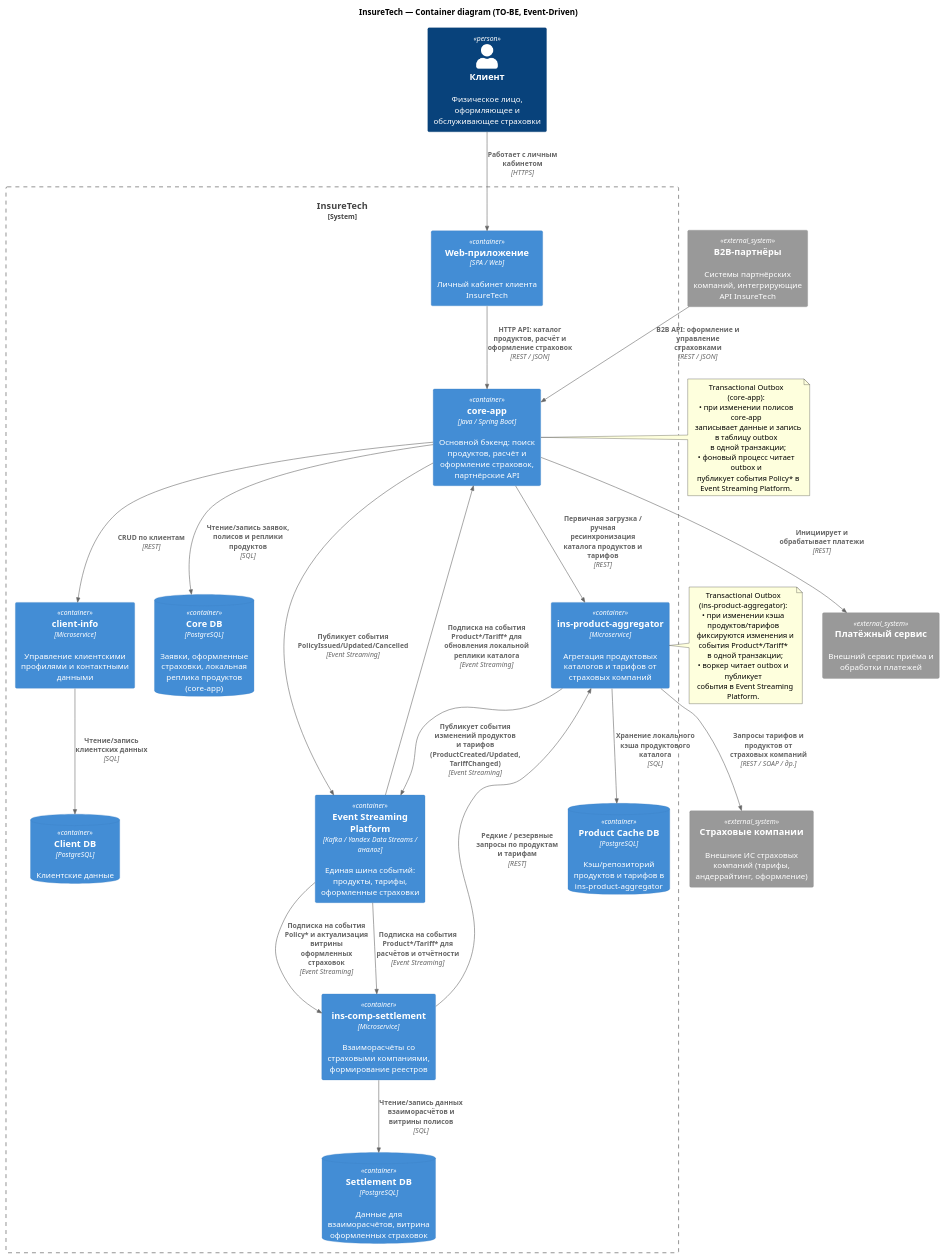
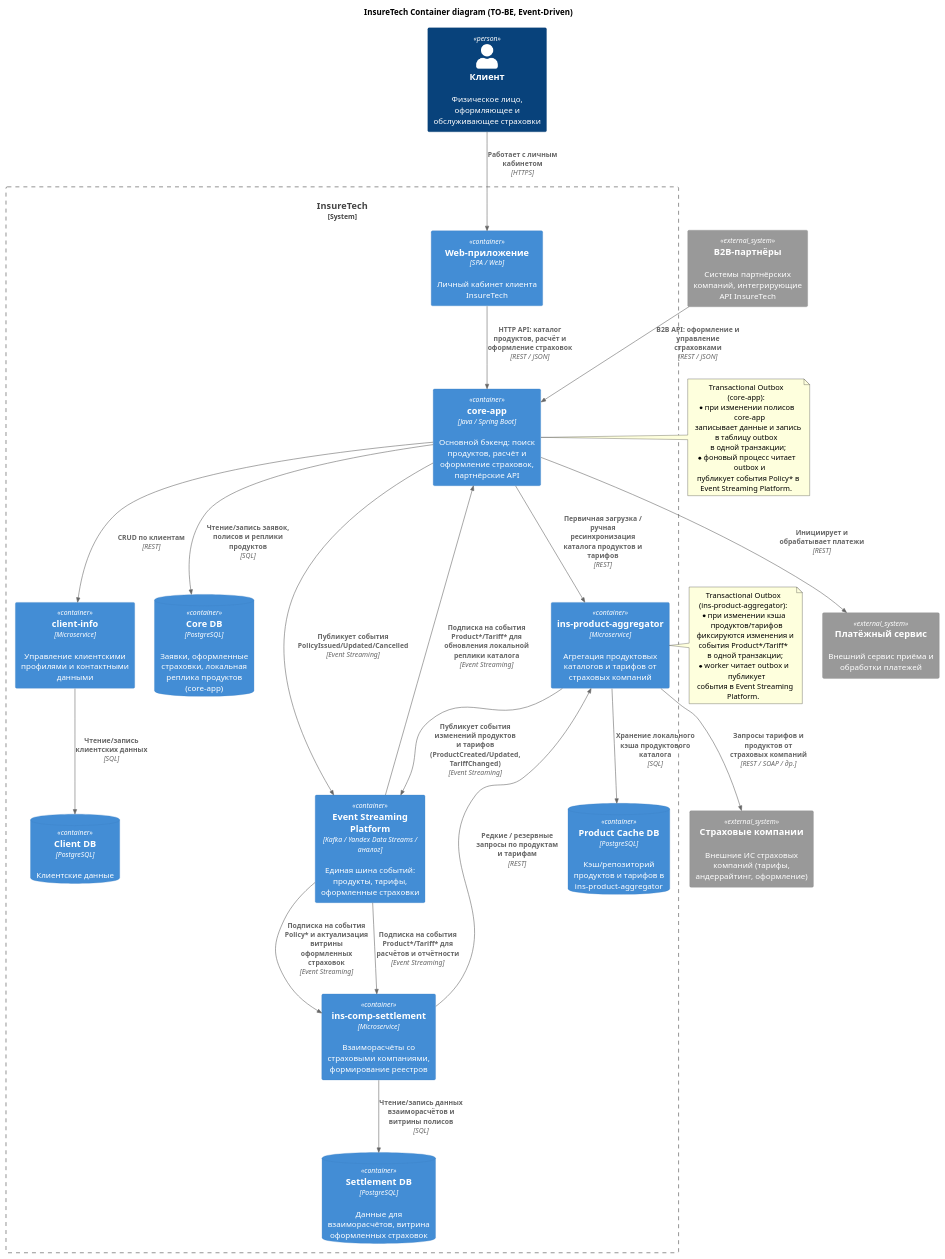
Before and after one commit to kotenev/architecture-insuretech: the diagram in Task3/(TO-BE) InsureTech_C4_container-diagram.puml, drawn with PlantUML.

Commit message:
Исправлена схема InsureTech_OSAGO_C4_сontainer-TO-BE.puml (Задание 4 Спринт 8)

```diff
--- a/Task3/(TO-BE) InsureTech_C4_container-diagram.puml
+++ b/Task3/(TO-BE) InsureTech_C4_container-diagram.puml
@@ -1,107 +1,79 @@
-@startuml InsureTech — Container diagram (TO-BE, Event-Driven)
+@startuml InsureTech Container diagram (TO-BE, Event-Driven)
 !includeurl https://raw.githubusercontent.com/RicardoNiepel/C4-PlantUML/master/C4_Container.puml
 
-title InsureTech — Container diagram (TO-BE, Event-Driven)
+title InsureTech Container diagram (TO-BE, Event-Driven)
 
 top to bottom direction
-
-' --- Акторы и внешние системы ---
 
 Person(client, "Клиент", "Физическое лицо, оформляющее и обслуживающее страховки")
 System_Ext(partner_systems, "B2B-партнёры", "Системы партнёрских компаний, интегрирующие API InsureTech")
 System_Ext(insurance_systems, "Страховые компании", "Внешние ИС страховых компаний (тарифы, андеррайтинг, оформление)")
 System_Ext(payment_service, "Платёжный сервис", "Внешний сервис приёма и обработки платежей")
-
-' --- Граница системы InsureTech ---
 
 System_Boundary(insuretech, "InsureTech") {
 
     Container(web_app, "Web-приложение", "SPA / Web", "Личный кабинет клиента InsureTech")
 
     Container(core_app, "core-app", "Java / Spring Boot", "Основной бэкенд: поиск продуктов, расчёт и оформление страховок, партнёрские API")
 
     Container(client_info, "client-info", "Microservice", "Управление клиентскими профилями и контактными данными")
 
     Container(product_agg, "ins-product-aggregator", "Microservice", "Агрегация продуктовых каталогов и тарифов от страховых компаний")
 
     Container(settlement_svc, "ins-comp-settlement", "Microservice", "Взаиморасчёты со страховыми компаниями, формирование реестров")
 
     ContainerDb(client_db, "Client DB", "PostgreSQL", "Клиентские данные")
     ContainerDb(core_db, "Core DB", "PostgreSQL", "Заявки, оформленные страховки, локальная реплика продуктов (core-app)")
     ContainerDb(settlement_db, "Settlement DB", "PostgreSQL", "Данные для взаиморасчётов, витрина оформленных страховок")
     ContainerDb(product_cache_db, "Product Cache DB", "PostgreSQL", "Кэш/репозиторий продуктов и тарифов в ins-product-aggregator")
 
     Container(event_bus, "Event Streaming Platform", "Kafka / Yandex Data Streams / аналог", "Единая шина событий: продукты, тарифы, оформленные страховки")
 }
 
-' --- Взаимодействия: фронт и партнёры ---
-
 Rel(client, web_app, "Работает с личным кабинетом", "HTTPS")
 Rel(web_app, core_app, "HTTP API: каталог продуктов, расчёт и оформление страховок", "REST / JSON")
 
 Rel(partner_systems, core_app, "B2B API: оформление и управление страховками", "REST / JSON")
 
-' --- Работа с клиентскими данными ---
-
 Rel(core_app, client_info, "CRUD по клиентам", "REST")
 Rel(client_info, client_db, "Чтение/запись клиентских данных", "SQL")
 
-' --- Данные core-app ---
-
 Rel(core_app, core_db, "Чтение/запись заявок, полисов и реплики продуктов", "SQL")
-
-' --- Взаиморасчёты ---
 
 Rel(settlement_svc, settlement_db, "Чтение/запись данных взаиморасчётов и витрины полисов", "SQL")
 
-' --- Интеграция с платёжным сервисом ---
-
 Rel(core_app, payment_service, "Инициирует и обрабатывает платежи", "REST")
-
-' --- Интеграция с страховыми компаниями через агрегатор ---
 
 Rel(core_app, product_agg, "Первичная загрузка / ручная ресинхронизация каталога продуктов и тарифов", "REST")
 Rel(settlement_svc, product_agg, "Редкие / резервные запросы по продуктам и тарифам", "REST")
 
 Rel(product_agg, insurance_systems, "Запросы тарифов и продуктов от страховых компаний", "REST / SOAP / др.")
 Rel(product_agg, product_cache_db, "Хранение локального кэша продуктового каталога", "SQL")
 
-' --- Event-Driven: каталог продуктов и тарифов ---
-
 Rel(product_agg, event_bus, "Публикует события изменений продуктов и тарифов (ProductCreated/Updated, TariffChanged)", "Event Streaming")
 
 Rel(event_bus, core_app, "Подписка на события Product*/Tariff* для обновления локальной реплики каталога", "Event Streaming")
 Rel(event_bus, settlement_svc, "Подписка на события Product*/Tariff* для расчётов и отчётности", "Event Streaming")
 
-' --- Event-Driven: оформление и изменение страховок ---
-
 Rel(core_app, event_bus, "Публикует события PolicyIssued/Updated/Cancelled", "Event Streaming")
 Rel(event_bus, settlement_svc, "Подписка на события Policy* и актуализация витрины оформленных страховок", "Event Streaming")
 
-' --- Отказ от ночного REST core-app → ins-comp-settlement ---
-
-' Ранее:
-' Rel(settlement_svc, core_app, "Ночная выгрузка оформленных за день страховок", "REST")
-' Сейчас данные поступают в settlement_svc через события Policy* в Event Streaming Platform.
-
-' --- Замечания по Transactional Outbox ---
-
 Note right of core_app
   Transactional Outbox (core-app):
-  • при изменении полисов core-app
+  * при изменении полисов core-app
     записывает данные и запись в таблицу outbox
     в одной транзакции;
-  • фоновый процесс читает outbox и
+  * фоновый процесс читает outbox и
     публикует события Policy* в Event Streaming Platform.
 end note
 
 Note right of product_agg
   Transactional Outbox (ins-product-aggregator):
-  • при изменении кэша продуктов/тарифов
+  * при изменении кэша продуктов/тарифов
     фиксируются изменения и события Product*/Tariff*
     в одной транзакции;
-  • воркер читает outbox и публикует
+  * worker читает outbox и публикует
     события в Event Streaming Platform.
 end note
 
 @enduml
```
